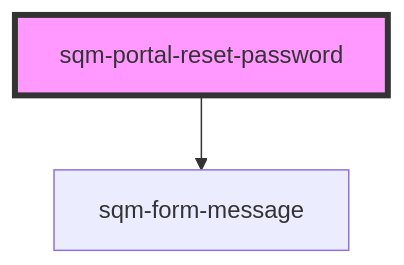
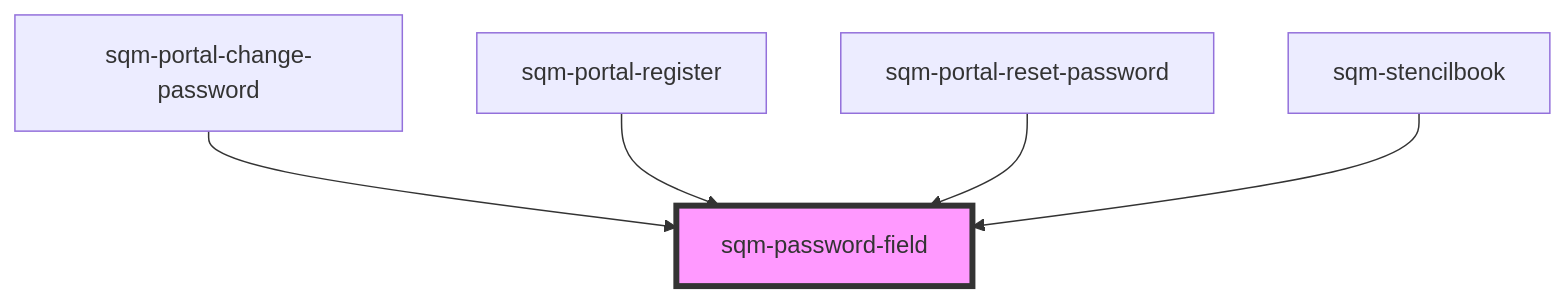
Before and after one commit to saasquatch/program-tools: the diagram in packages/mint-components/src/components/sqm-password-field/readme.md, drawn with Mermaid. The commit also changed other lines of this file and 18 other files, not shown here.

````diff
--- a/packages/mint-components/src/components/sqm-password-field/readme.md
+++ b/packages/mint-components/src/components/sqm-password-field/readme.md
@@ -24,5 +27,8 @@
 ```mermaid
 graph TD;
-  sqm-portal-reset-password --> sqm-form-message
-  style sqm-portal-reset-password fill:#f9f,stroke:#333,stroke-width:4px
+  sqm-portal-change-password --> sqm-password-field
+  sqm-portal-register --> sqm-password-field
+  sqm-portal-reset-password --> sqm-password-field
+  sqm-stencilbook --> sqm-password-field
+  style sqm-password-field fill:#f9f,stroke:#333,stroke-width:4px
 ```
````
